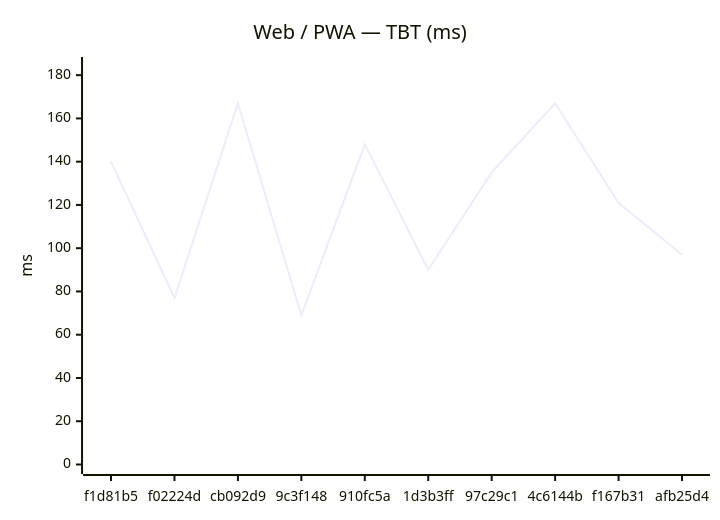
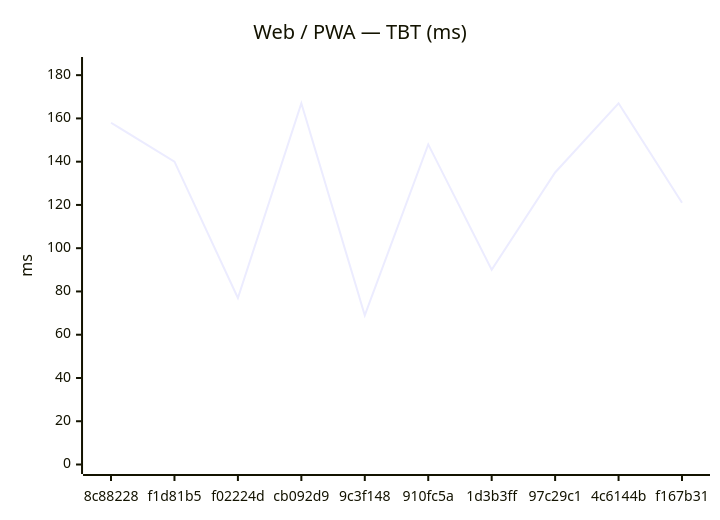
Before and after one commit to Metaheurist/Rianell: the second of 18 diagrams in benchmarks/compare.md, drawn with Mermaid. The commit also changed other lines of this file and 11 other files, not shown here.

````diff
--- a/benchmarks/compare.md
+++ b/benchmarks/compare.md
@@ -31,7 +31,7 @@
 ```mermaid
 xychart-beta
     title "Web / PWA — TBT (ms)"
-    x-axis ["f1d81b5", "f02224d", "cb092d9", "9c3f148", "910fc5a", "1d3b3ff", "97c29c1", "4c6144b", "f167b31", "afb25d4"]
+    x-axis ["8c88228", "f1d81b5", "f02224d", "cb092d9", "9c3f148", "910fc5a", "1d3b3ff", "97c29c1", "4c6144b", "f167b31"]
     y-axis "ms" 0 --> 184
-    line [140, 77, 167, 69, 148, 90, 135, 167, 121, 97]
+    line [158, 140, 77, 167, 69, 148, 90, 135, 167, 121]
 ```
````
